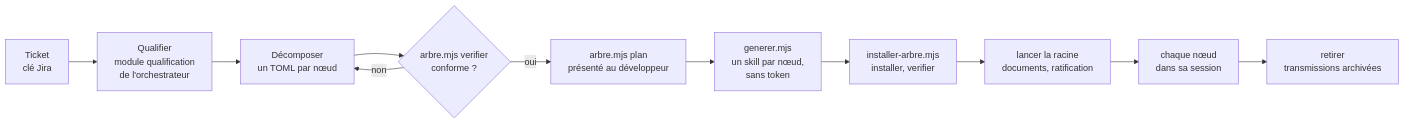
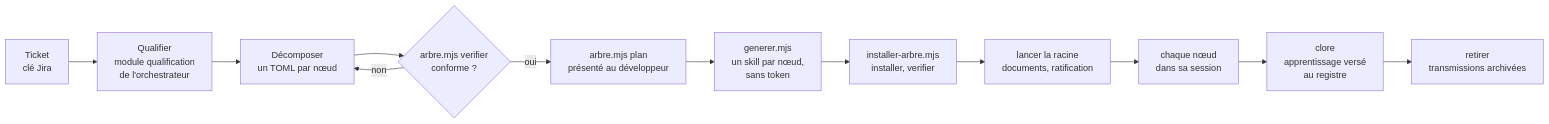
The diagram in specs/generateur-skill-ticket/SKILL.md (FredGarcia/Agent2Prompt), drawn with Mermaid before and after one commit. The commit also changed other lines of this file and 33 other files, not shown here.

````diff
--- a/specs/generateur-skill-ticket/SKILL.md
+++ b/specs/generateur-skill-ticket/SKILL.md
@@ -22,13 +22,14 @@
 ```mermaid
 flowchart LR
   T["Ticket<br/>clé Jira"] --> Q["Qualifier<br/>module qualification<br/>de l'orchestrateur"]
   Q --> D["Décomposer<br/>un TOML par nœud"]
   D --> V{"arbre.mjs verifier<br/>conforme ?"}
   V -->|non| D
   V -->|oui| P["arbre.mjs plan<br/>présenté au développeur"]
   P --> G["generer.mjs<br/>un skill par nœud,<br/>sans token"]
   G --> I["installer-arbre.mjs<br/>installer, verifier"]
   I --> L["lancer la racine<br/>documents, ratification"]
   L --> N["chaque nœud<br/>dans sa session"]
-  N --> R["retirer<br/>transmissions archivées"]
+  N --> C["clore<br/>apprentissage versé<br/>au registre"]
+  C --> R["retirer<br/>transmissions archivées"]
 ```
````
